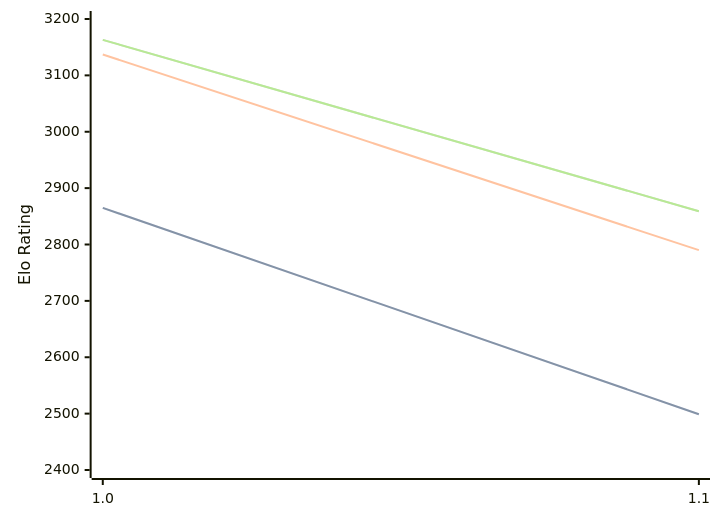
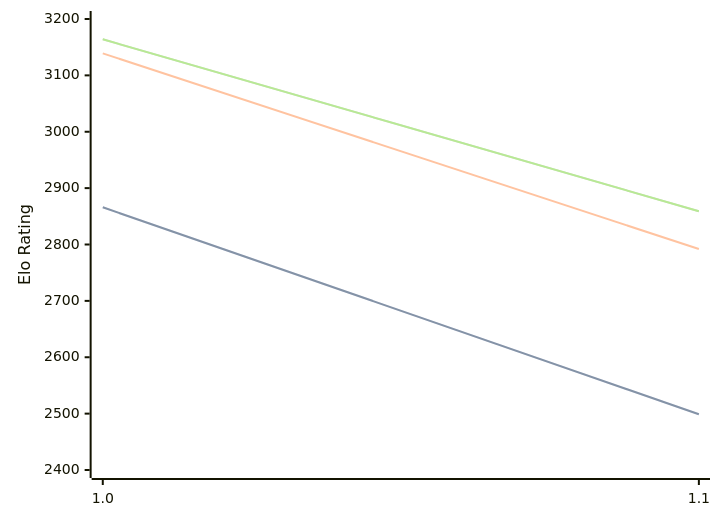
Before and after one commit to computer-chess-index/cci: the diagram in engines/Publius.md, drawn with Mermaid. The commit also changed other lines of this file, not shown here.

Commit message:
Update CCI Ratings (ELO VLTC) - 2026-04-13

````diff
--- a/engines/Publius.md
+++ b/engines/Publius.md
@@ -32,11 +32,11 @@
 ```mermaid
 %%{init: {"theme":"base","themeVariables":{"seriesColors:['#a3a3a3','#222221','#faa371']}}}%%
 xychart-beta
   x-axis ["1.0", "1.1"]
   y-axis "Elo Rating" 2400 --> 3200
-  line "STC (8.0+0.08s)" [2865, 2499]
-  line "STC (8.0+0.08s)" [2865, 2499]
-  line "LTC (60.0+0.60s)" [3137, 2790]
-  line "VLTC (2m24s+1.12s)" [3163, 2859]
-  line "VLTC (2m24s+1.12s)" [3163, 2859]
+  line "STC (8.0+0.08s)" [2866, 2499]
+  line "STC (8.0+0.08s)" [2866, 2499]
+  line "LTC (60.0+0.60s)" [3139, 2792]
+  line "VLTC (2m24s+1.12s)" [3164, 2859]
+  line "VLTC (2m24s+1.12s)" [3164, 2859]
 ```
````
